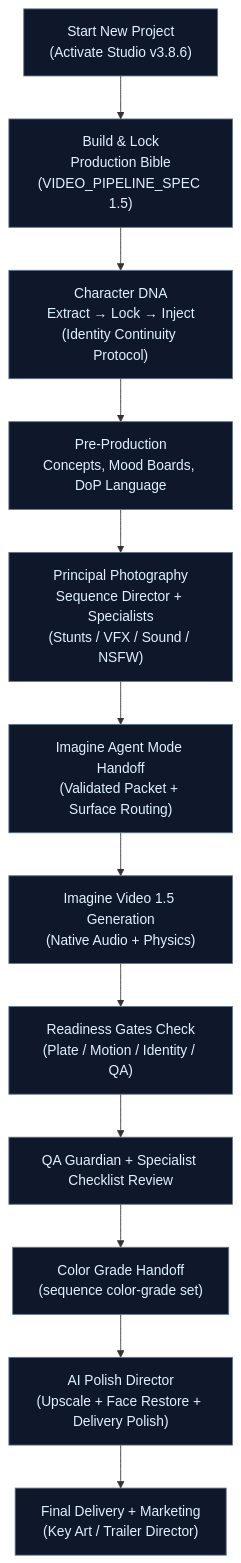
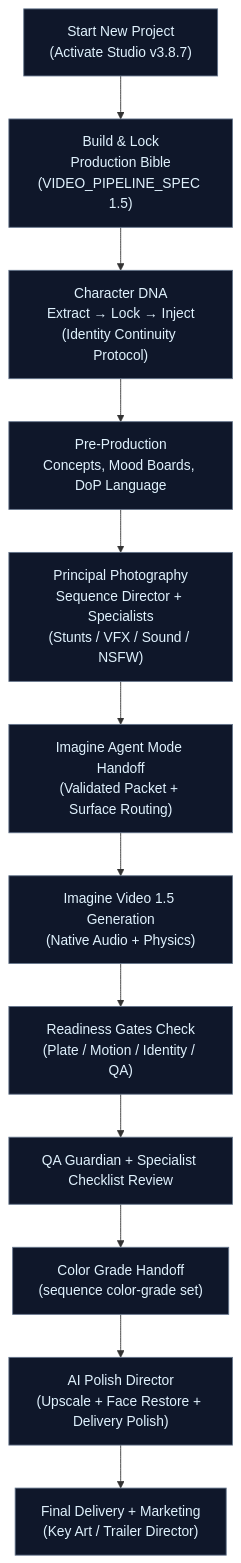
One commit to FineComputer14451/Grok-Imagine-Cinematic-Studio changed the second of 2 diagrams in README.md. Above: the diagram before and after it, drawn with Mermaid. The commit also changed other lines of this file and 26 other files, not shown here.

````diff
--- a/README.md
+++ b/README.md
@@ -139,17 +139,17 @@
 ```mermaid
 flowchart TD
-    Start["Start New Project<br/>(Activate Studio v3.8.6)"] --> Bible["Build & Lock<br/>Production Bible<br/>(VIDEO_PIPELINE_SPEC 1.5)"]
+    Start["Start New Project<br/>(Activate Studio v3.8.7)"] --> Bible["Build & Lock<br/>Production Bible<br/>(VIDEO_PIPELINE_SPEC 1.5)"]
     Bible --> DNA["Character DNA<br/>Extract → Lock → Inject<br/>(Identity Continuity Protocol)"]
     DNA --> PreProd["Pre-Production<br/>Concepts, Mood Boards, DoP Language"]
     PreProd --> Principal["Principal Photography<br/>Sequence Director + Specialists<br/>(Stunts / VFX / Sound / NSFW)"]
     Principal --> Handoff["Imagine Agent Mode Handoff<br/>(Validated Packet + Surface Routing)"]
     Handoff --> Generate["Imagine Video 1.5 Generation<br/>(Native Audio + Physics)"]
     Generate --> Gates["Readiness Gates Check<br/>(Plate / Motion / Identity / QA)"]
     Gates --> Review["QA Guardian + Specialist Checklist Review"]
     Review --> Color["Color Grade Handoff<br/>(sequence color-grade set)"]
     Color --> Polish["AI Polish Director<br/>(Upscale + Face Restore + Delivery Polish)"]
     Polish --> Deliver["Final Delivery + Marketing<br/>(Key Art / Trailer Director)"]
 
     classDef step fill:#0f172a,stroke:#64748b,color:#e0f2fe
     class Start,Bible,DNA,PreProd,Principal,Handoff,Generate,Gates,Review,Color,Polish,Deliver step
 ```
````
